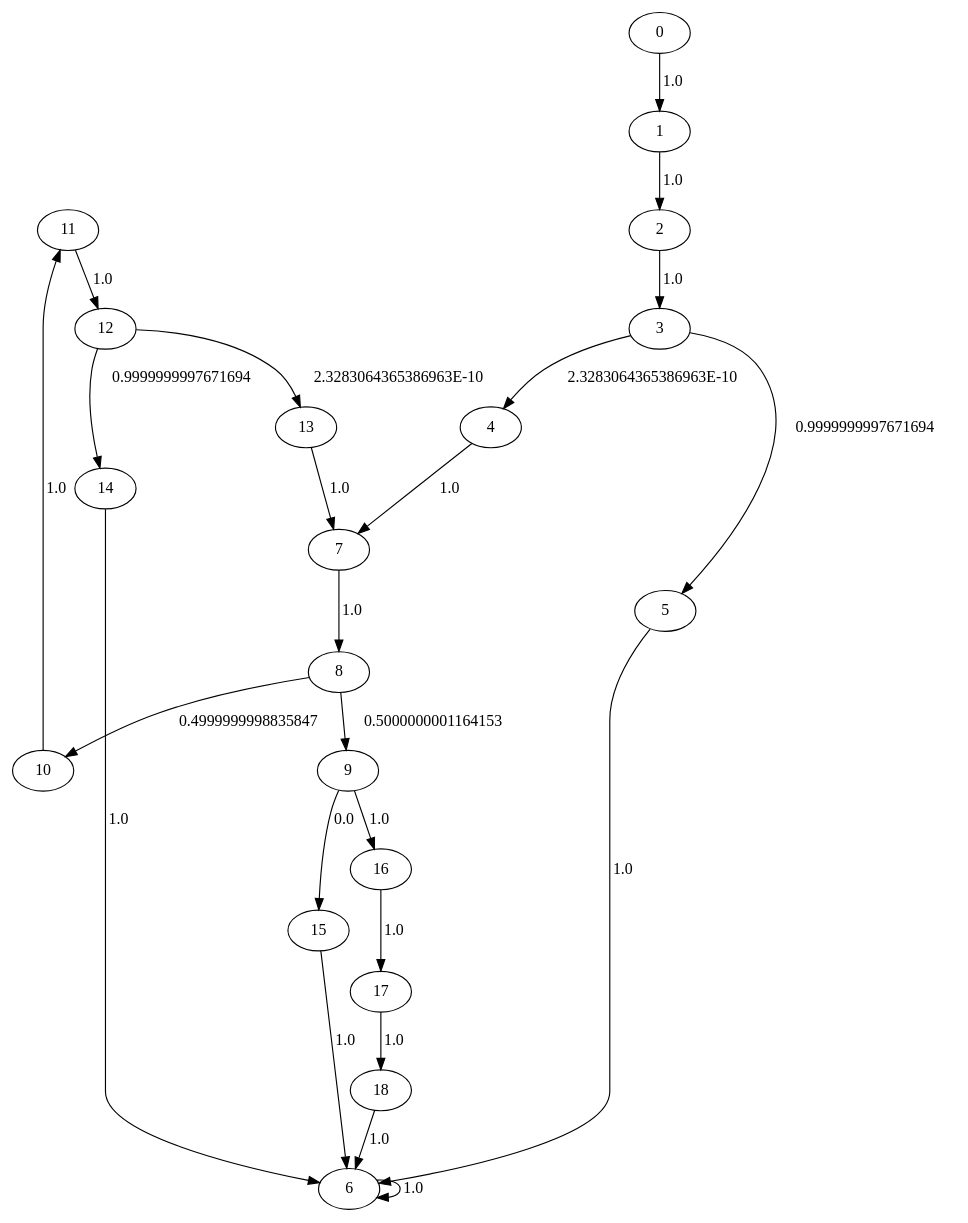
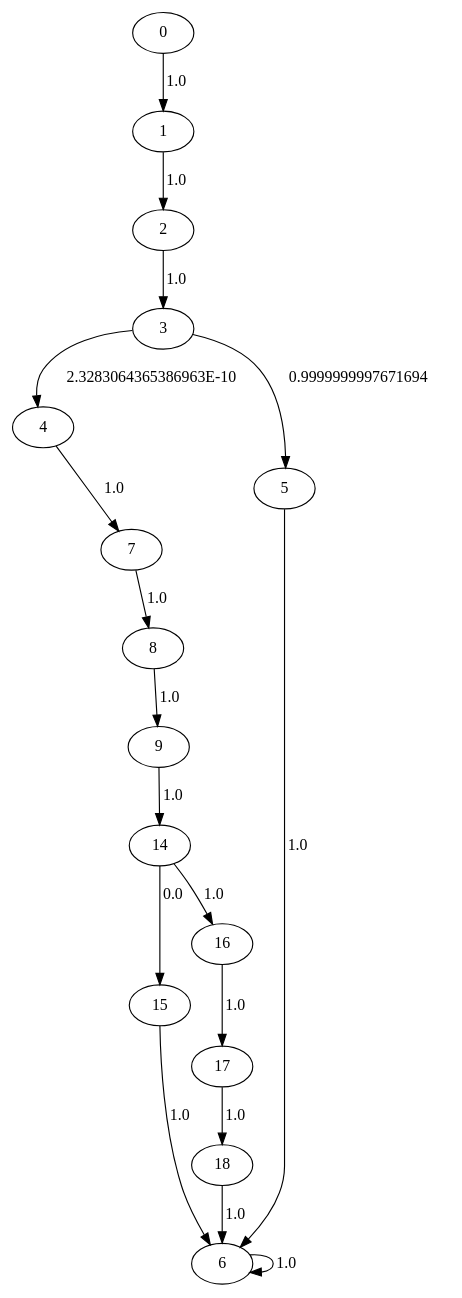
Before and after one commit to seemantasaha/DependencyAnalysis: the diagram in LIntegerEquals_test.dot, drawn with Graphviz. The commit also changed 10 other files, not shown here.

```diff
--- a/LIntegerEquals_test.dot
+++ b/LIntegerEquals_test.dot
@@ -1,25 +1,19 @@
 digraph {
-	11 -> 12[label= "1.0"];
-	12 -> 13[label= "2.3283064365386963E-10"];
-	12 -> 14[label= "0.9999999997671694"];
-	13 -> 7[label= "1.0"];
-	14 -> 6[label= "1.0"];
+	14 -> 15[label= "0.0"];
+	14 -> 16[label= "1.0"];
 	15 -> 6[label= "1.0"];
 	16 -> 17[label= "1.0"];
 	17 -> 18[label= "1.0"];
 	18 -> 6[label= "1.0"];
 	0 -> 1[label= "1.0"];
 	1 -> 2[label= "1.0"];
 	2 -> 3[label= "1.0"];
 	3 -> 4[label= "2.3283064365386963E-10"];
 	3 -> 5[label= "0.9999999997671694"];
 	4 -> 7[label= "1.0"];
 	5 -> 6[label= "1.0"];
 	6 -> 6[label= "1.0"];
 	7 -> 8[label= "1.0"];
-	8 -> 9[label= "0.5000000001164153"];
-	8 -> 10[label= "0.4999999998835847"];
-	9 -> 15[label= "0.0"];
-	9 -> 16[label= "1.0"];
-	10 -> 11[label= "1.0"];
+	8 -> 9[label= "1.0"];
+	9 -> 14[label= "1.0"];
 }
```
